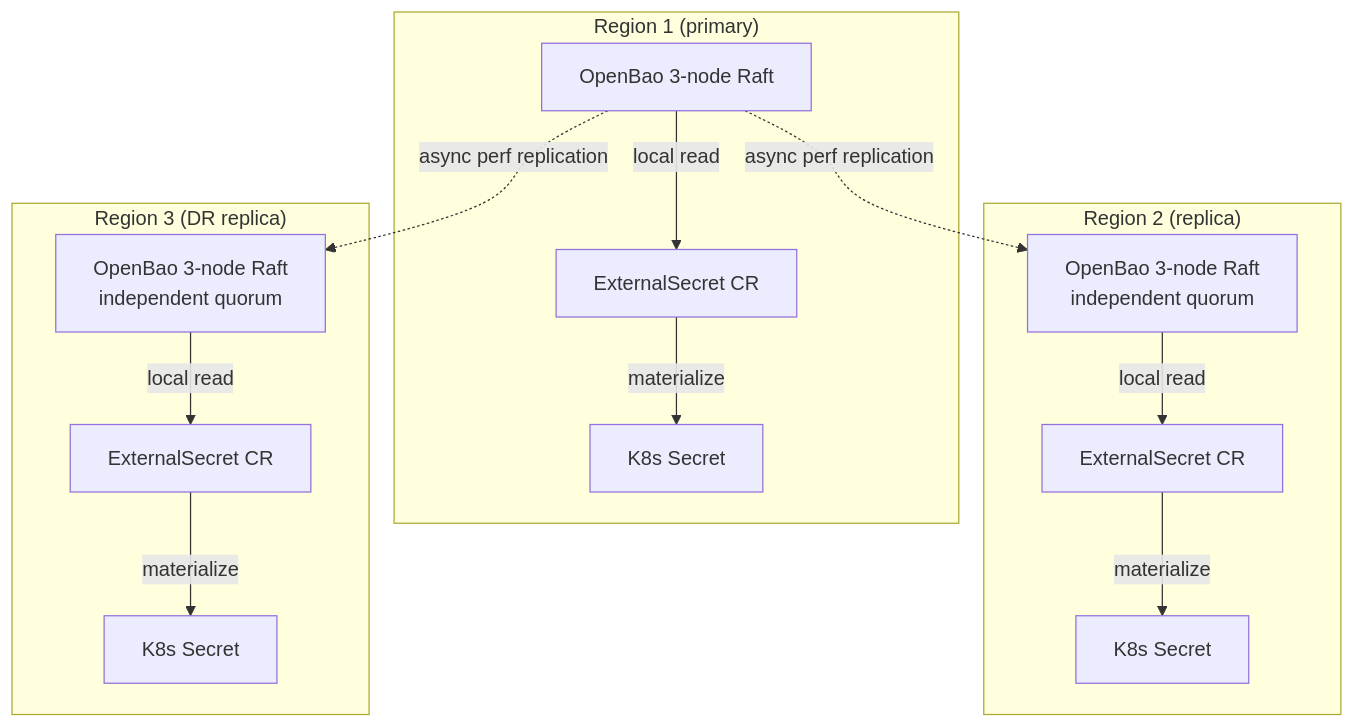
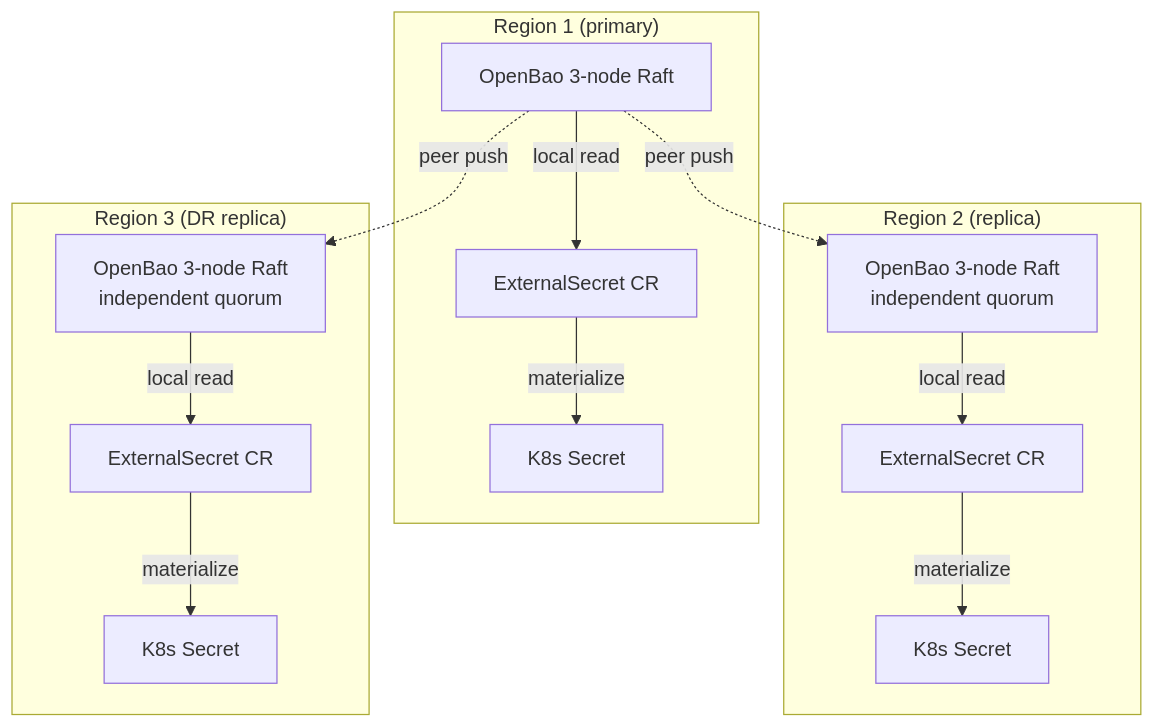
One commit to openova-io/openova changed the diagram in platform/openbao/README.md. Above: the diagram before and after it, drawn with Mermaid. The commit also changed other lines of this file and 6 other files, not shown here.

````diff
--- a/platform/openbao/README.md
+++ b/platform/openbao/README.md
@@ -28,29 +28,29 @@
 ```mermaid
 flowchart TB
     subgraph Region1["Region 1 (primary)"]
         V1[OpenBao 3-node Raft]
         ES1[ExternalSecret CR]
         KS1[K8s Secret]
     end
 
     subgraph Region2["Region 2 (replica)"]
         V2[OpenBao 3-node Raft<br>independent quorum]
         ES2[ExternalSecret CR]
         KS2[K8s Secret]
     end
 
     subgraph Region3["Region 3 (DR replica)"]
         V3[OpenBao 3-node Raft<br>independent quorum]
         ES3[ExternalSecret CR]
         KS3[K8s Secret]
     end
 
-    V1 -.->|"async perf replication"| V2
-    V1 -.->|"async perf replication"| V3
+    V1 -.->|"peer push"| V2
+    V1 -.->|"peer push"| V3
     V1 -->|"local read"| ES1
     V2 -->|"local read"| ES2
     V3 -->|"local read"| ES3
     ES1 -->|"materialize"| KS1
     ES2 -->|"materialize"| KS2
     ES3 -->|"materialize"| KS3
 ```
````
